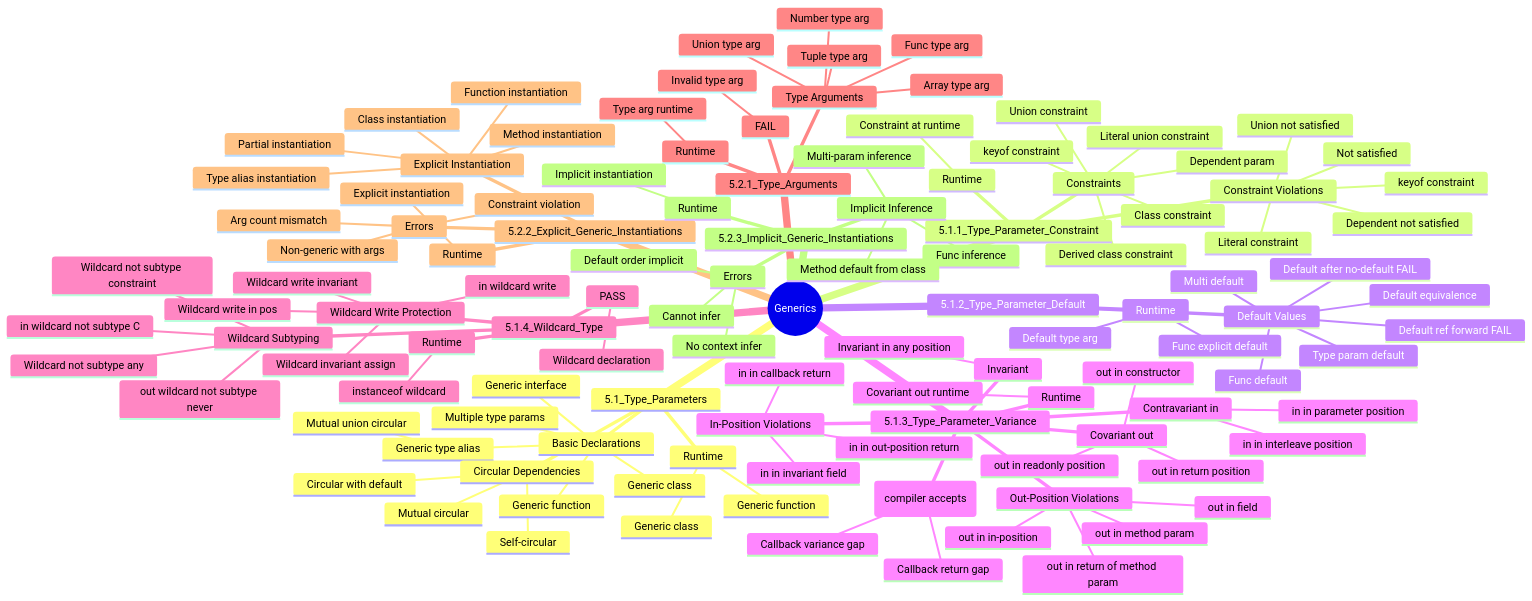
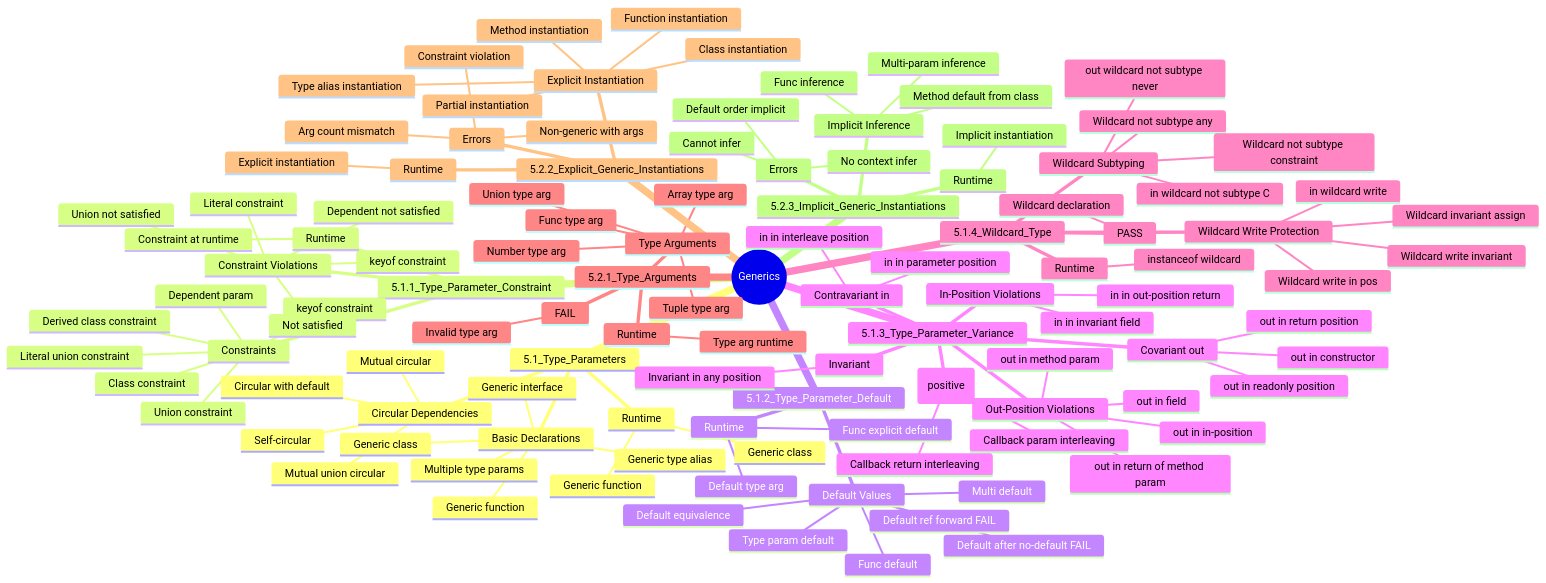
One commit to XHL0320/arkts-static-spec changed the diagram in 05_Generics/test_design_mindmap.md. Above: the diagram before and after it, drawn with Mermaid. The commit also changed 266 other files, not shown here.

```diff
--- a/05_Generics/test_design_mindmap.md
+++ b/05_Generics/test_design_mindmap.md
@@ -63,12 +63,9 @@
       In-Position Violations
         in in out-position return
         in in invariant field
-        in in callback return
-      GAP (compiler accepts)
-        Callback variance gap
-        Callback return gap
-      Runtime
-        Covariant out runtime
+      Variance Interleaving (positive)
+        Callback param interleaving
+        Callback return interleaving
     5.1.4_Wildcard_Type
       Wildcard Subtyping
         Wildcard not subtype any
```
